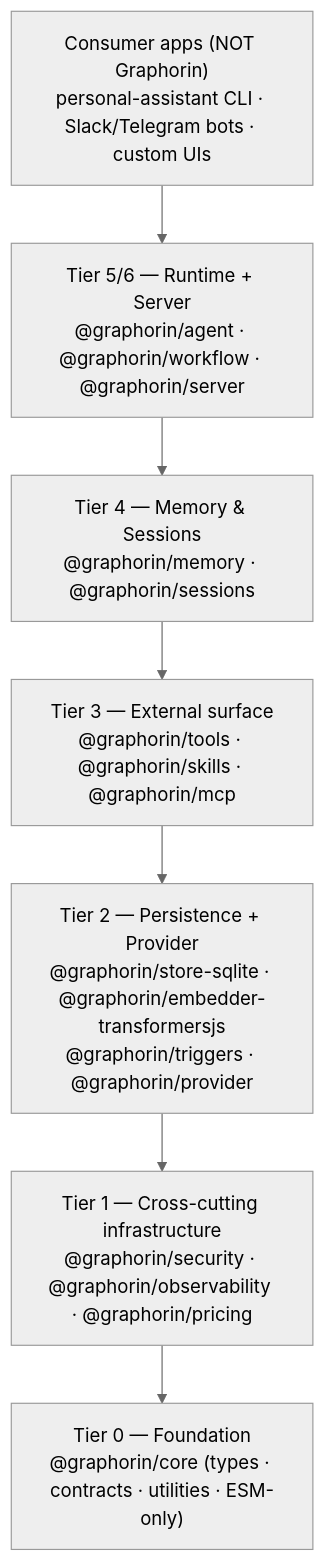
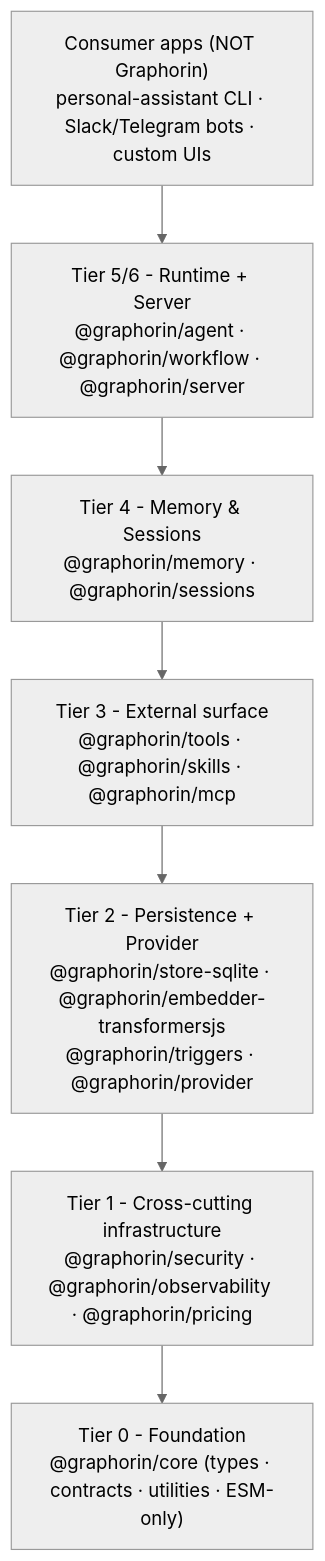
Before and after one commit to o-stepper/graphorin: the first of 3 diagrams in documentation/guide/architecture.md, drawn with Mermaid (neutral theme). The commit also changed other lines of this file and 3923 other files, not shown here.

````diff
--- a/documentation/guide/architecture.md
+++ b/documentation/guide/architecture.md
@@ -12,17 +12,17 @@
 ```mermaid
 flowchart TB
     consumer["Consumer apps (NOT Graphorin)\npersonal-assistant CLI · Slack/Telegram bots · custom UIs"]
-    runtime["Tier 5/6 — Runtime + Server\n@graphorin/agent · @graphorin/workflow · @graphorin/server"]
-    memory["Tier 4 — Memory & Sessions\n@graphorin/memory · @graphorin/sessions"]
-    surface["Tier 3 — External surface\n@graphorin/tools · @graphorin/skills · @graphorin/mcp"]
-    persistProv["Tier 2 — Persistence + Provider\n@graphorin/store-sqlite · @graphorin/embedder-transformersjs\n@graphorin/triggers · @graphorin/provider"]
-    crosscut["Tier 1 — Cross-cutting infrastructure\n@graphorin/security · @graphorin/observability · @graphorin/pricing"]
-    foundation["Tier 0 — Foundation\n@graphorin/core (types · contracts · utilities · ESM-only)"]
+    runtime["Tier 5/6 - Runtime + Server\n@graphorin/agent · @graphorin/workflow · @graphorin/server"]
+    memory["Tier 4 - Memory & Sessions\n@graphorin/memory · @graphorin/sessions"]
+    surface["Tier 3 - External surface\n@graphorin/tools · @graphorin/skills · @graphorin/mcp"]
+    persistProv["Tier 2 - Persistence + Provider\n@graphorin/store-sqlite · @graphorin/embedder-transformersjs\n@graphorin/triggers · @graphorin/provider"]
+    crosscut["Tier 1 - Cross-cutting infrastructure\n@graphorin/security · @graphorin/observability · @graphorin/pricing"]
+    foundation["Tier 0 - Foundation\n@graphorin/core (types · contracts · utilities · ESM-only)"]
 
     consumer --> runtime
     runtime --> memory
     memory --> surface
     surface --> persistProv
     persistProv --> crosscut
     crosscut --> foundation
 ```
````
